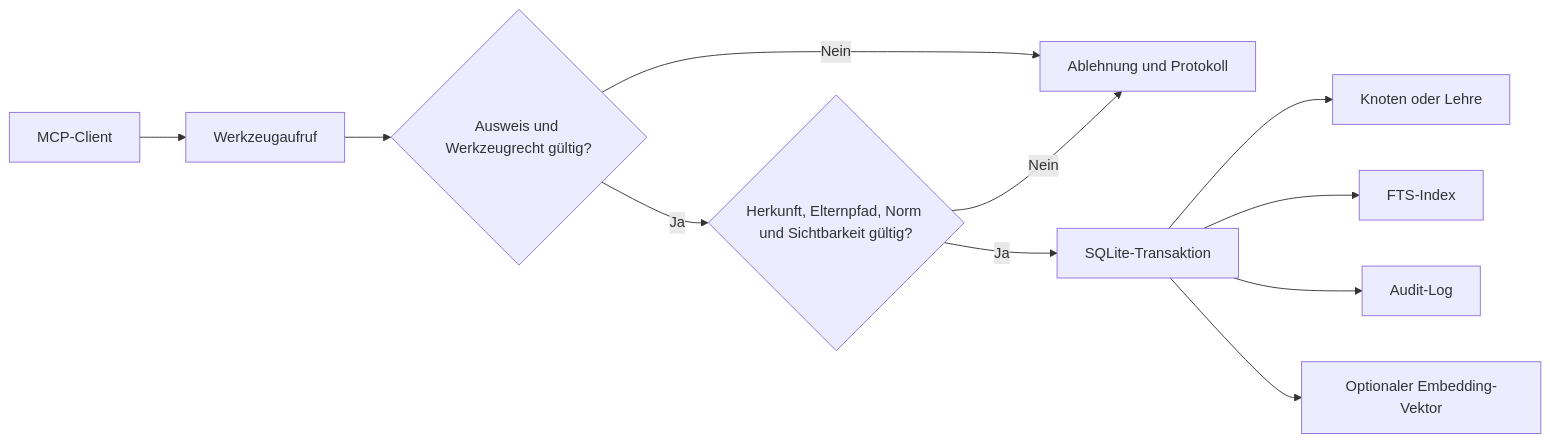
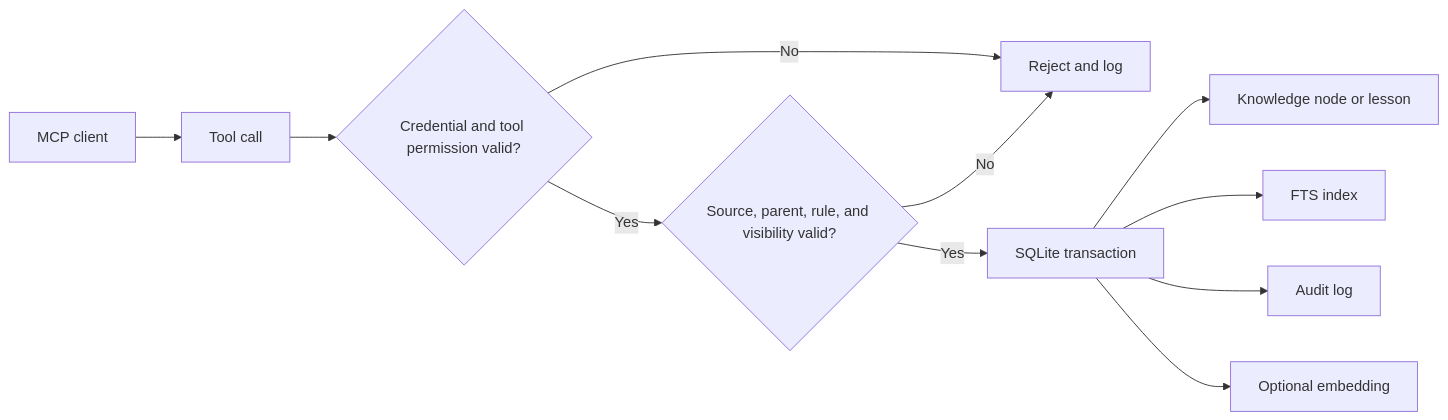
Before and after one commit to 3lehr/brainlehr: the first of 2 diagrams in README.md, drawn with Mermaid. The commit also changed other lines of this file and 1 other file, not shown here.

````diff
--- a/README.md
+++ b/README.md
@@ -28,13 +26,13 @@
 ```mermaid
 flowchart LR
-    A["MCP-Client"] --> B["Werkzeugaufruf"]
-    B --> C{"Ausweis und Werkzeugrecht gültig?"}
-    C -- Nein --> X["Ablehnung und Protokoll"]
-    C -- Ja --> D{"Herkunft, Elternpfad, Norm und Sichtbarkeit gültig?"}
-    D -- Nein --> X
-    D -- Ja --> E["SQLite-Transaktion"]
-    E --> F["Knoten oder Lehre"]
-    E --> G["FTS-Index"]
-    E --> H["Audit-Log"]
-    E --> I["Optionaler Embedding-Vektor"]
+    A["MCP client"] --> B["Tool call"]
+    B --> C{"Credential and tool permission valid?"}
+    C -- No --> X["Reject and log"]
+    C -- Yes --> D{"Source, parent, rule, and visibility valid?"}
+    D -- No --> X
+    D -- Yes --> E["SQLite transaction"]
+    E --> F["Knowledge node or lesson"]
+    E --> G["FTS index"]
+    E --> H["Audit log"]
+    E --> I["Optional embedding"]
 ```
````
